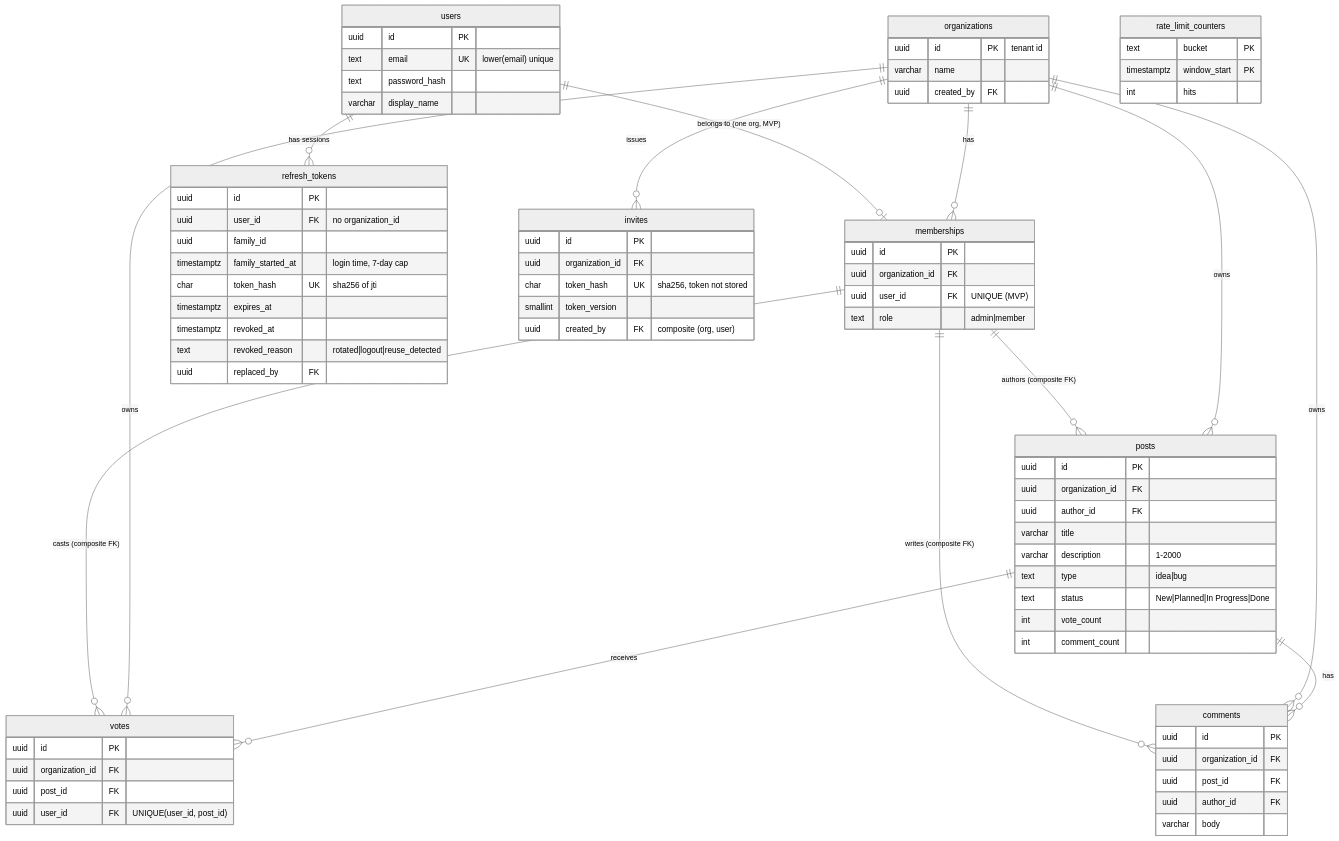
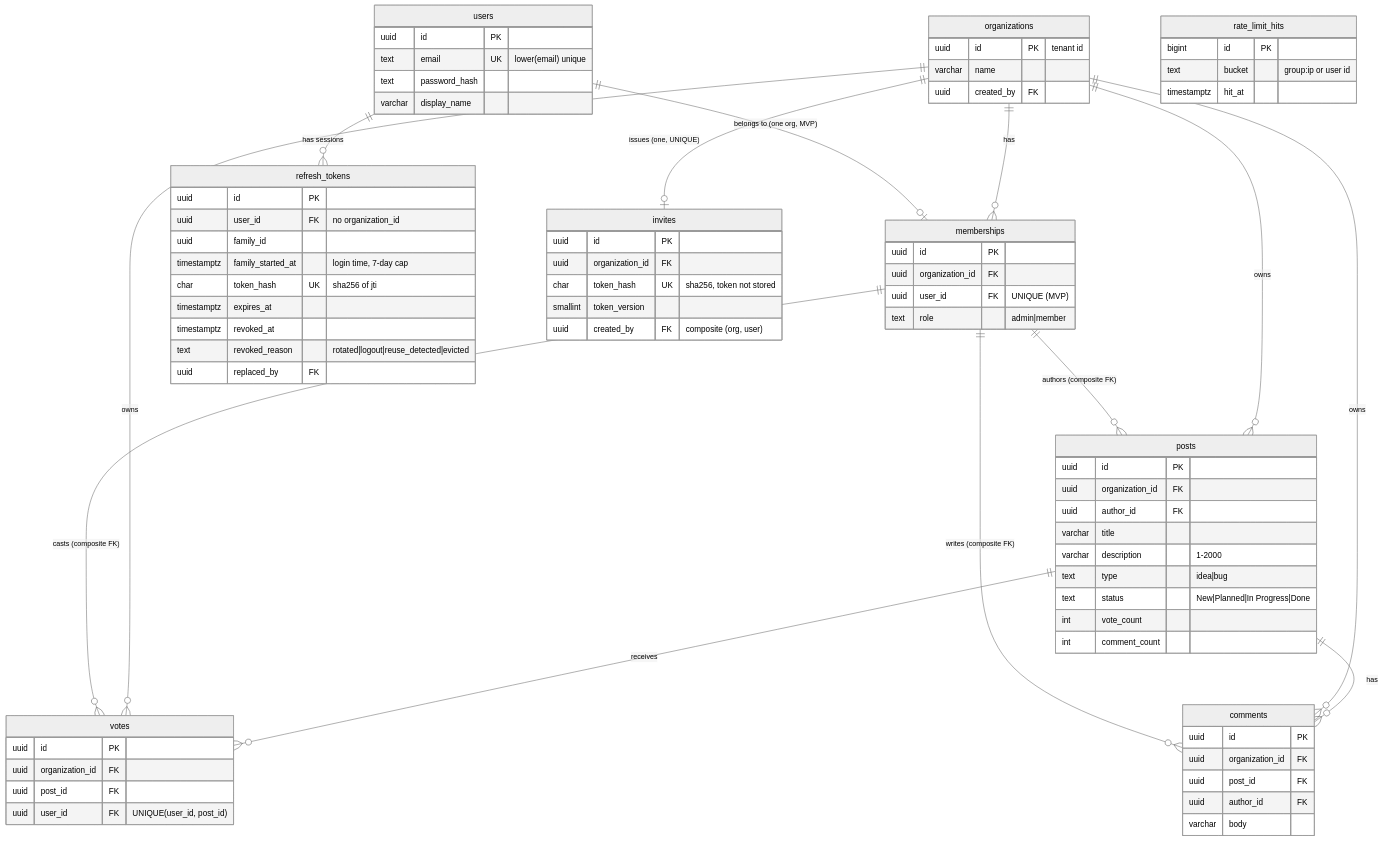
Before and after one commit to Gopi-Git001/feedback_borard: the diagram in docs/project/architecture/data-model.md, drawn with Mermaid (neutral theme). The commit also changed other lines of this file, not shown here.

Commit message:
TASK-001: data model: rate_limit_hits sliding window, evicted reason, family lock, key rotation, NO ACTION FKs

````diff
--- a/docs/project/architecture/data-model.md
+++ b/docs/project/architecture/data-model.md
@@ -144,79 +146,79 @@
 ```mermaid
 erDiagram
     users ||--o| memberships : "belongs to (one org, MVP)"
     users ||--o{ refresh_tokens : "has sessions"
     memberships ||--o{ posts : "authors (composite FK)"
     memberships ||--o{ comments : "writes (composite FK)"
     memberships ||--o{ votes : "casts (composite FK)"
     organizations ||--o{ memberships : has
-    organizations ||--o{ invites : issues
+    organizations ||--o| invites : "issues (one, UNIQUE)"
     organizations ||--o{ posts : owns
     organizations ||--o{ votes : owns
     organizations ||--o{ comments : owns
     posts ||--o{ votes : receives
     posts ||--o{ comments : has
     users {
         uuid id PK
         text email UK "lower(email) unique"
         text password_hash
         varchar display_name
     }
     organizations {
         uuid id PK "tenant id"
         varchar name
         uuid created_by FK
     }
     memberships {
         uuid id PK
         uuid organization_id FK
         uuid user_id FK "UNIQUE (MVP)"
         text role "admin|member"
     }
     invites {
         uuid id PK
         uuid organization_id FK
         char token_hash UK "sha256, token not stored"
         smallint token_version
         uuid created_by FK "composite (org, user)"
     }
     refresh_tokens {
         uuid id PK
         uuid user_id FK "no organization_id"
         uuid family_id
         timestamptz family_started_at "login time, 7-day cap"
         char token_hash UK "sha256 of jti"
         timestamptz expires_at
         timestamptz revoked_at
-        text revoked_reason "rotated|logout|reuse_detected"
+        text revoked_reason "rotated|logout|reuse_detected|evicted"
         uuid replaced_by FK
     }
-    rate_limit_counters {
-        text bucket PK
-        timestamptz window_start PK
-        int hits
+    rate_limit_hits {
+        bigint id PK
+        text bucket "group:ip or user id"
+        timestamptz hit_at
     }
     posts {
         uuid id PK
         uuid organization_id FK
         uuid author_id FK
         varchar title
         varchar description "1-2000"
         text type "idea|bug"
         text status "New|Planned|In Progress|Done"
         int vote_count
         int comment_count
     }
     votes {
         uuid id PK
         uuid organization_id FK
         uuid post_id FK
         uuid user_id FK "UNIQUE(user_id, post_id)"
     }
     comments {
         uuid id PK
         uuid organization_id FK
         uuid post_id FK
         uuid author_id FK
         varchar body
     }
 ```
````
